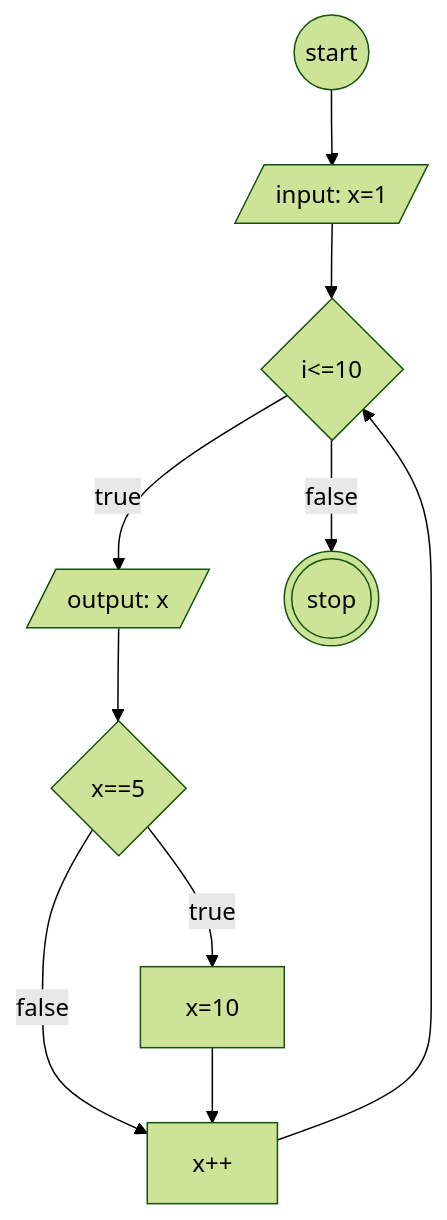
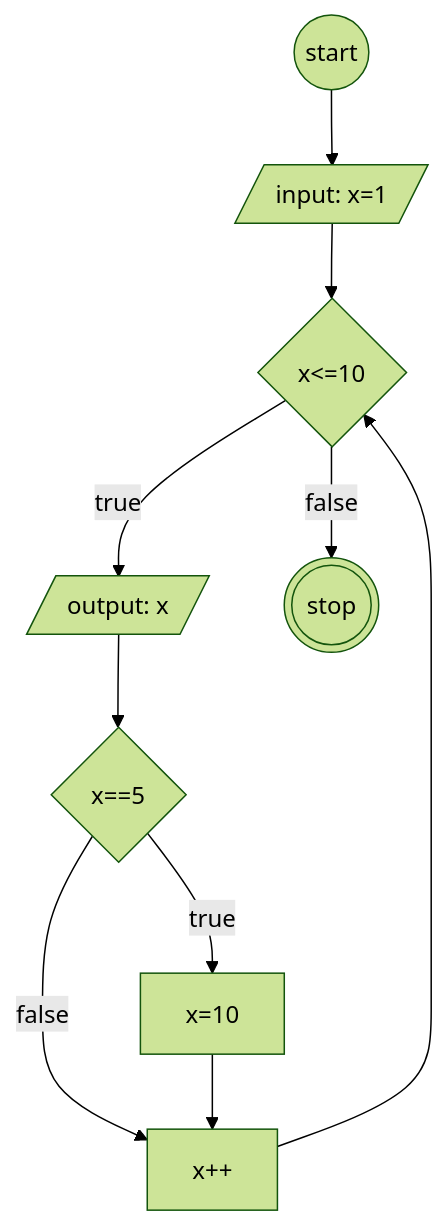
Before and after one commit to mslthn/koda-b6-javascript1: the diagram in flowchart-loop.md, drawn with Mermaid (forest theme). The commit also changed other lines of this file, not shown here.

````diff
--- a/flowchart-loop.md
+++ b/flowchart-loop.md
@@ -2,19 +2,19 @@
 ```mermaid
 flowchart TD
 start@{shape: circ}
 init@{shape: lean-r, label: "input: x=1"}
-for@{shape: diamond, label: "i<=10"}
+for@{shape: diamond, label: "x<=10"}
 cons@{shape: lean-r, label: "output: x"}
 if@{shape: diamond, label: "x==5"}
 ifTrue@{shape: rect, label: "x=10"}
 update@{shape: rect, label: "x++"}
 forStop@{shape: dbl-circ, label: "stop"}
 
 
 start-->init-->for-->|true| cons-->if
 if-->|true| ifTrue 
 if-->|false| update
 for-->|false| forStop
 
 ifTrue-->update-->for
 ```
````
